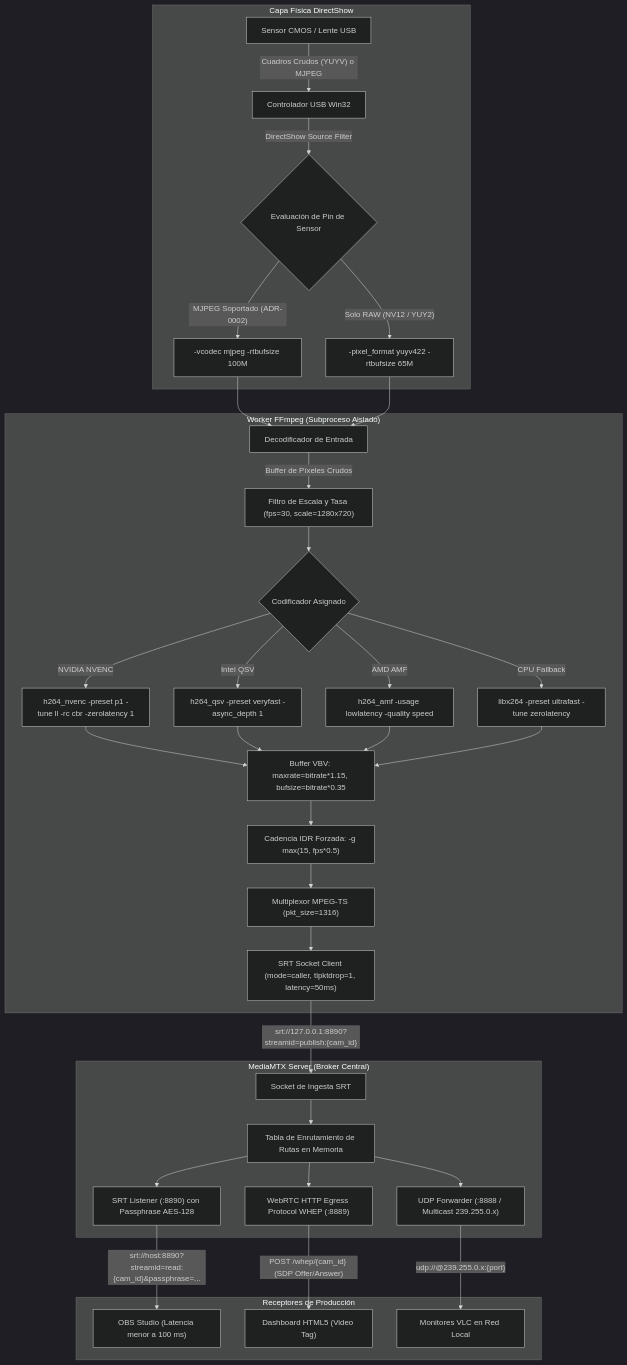
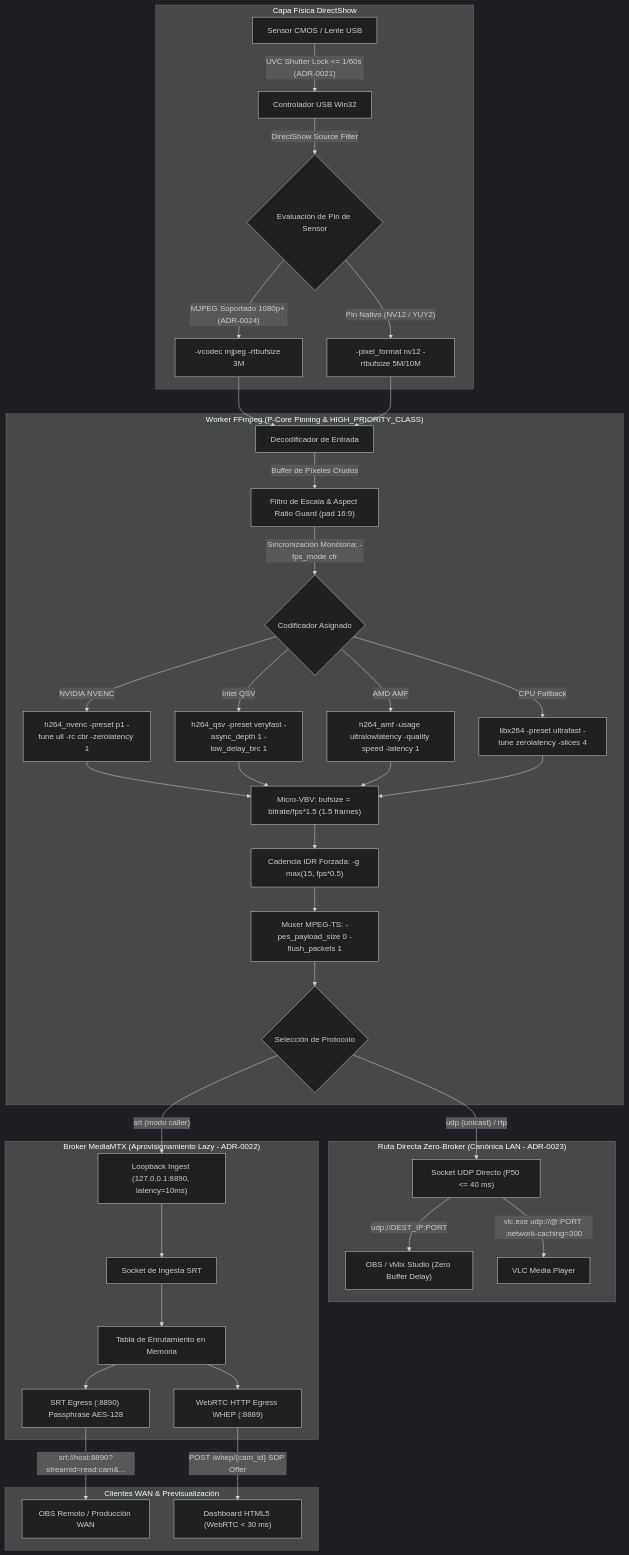
Before and after one commit to FJYarsky/RTMS: the fourth of 4 diagrams in docs/wiki/Arquitectura-del-Sistema.md, drawn with Mermaid (dark theme). The commit also changed other lines of this file and 27 other files, not shown here.

````diff
--- a/docs/wiki/Arquitectura-del-Sistema.md
+++ b/docs/wiki/Arquitectura-del-Sistema.md
@@ -119,44 +125,49 @@
 ```mermaid
 flowchart TD
     subgraph DSHOW [" Capa Física DirectShow "]
-        USB["Sensor CMOS / Lente USB"] -->|"Cuadros Crudos (YUYV) o MJPEG"| DRV["Controlador USB Win32"]
+        USB["Sensor CMOS / Lente USB"] -->|"UVC Shutter Lock <= 1/60s (ADR-0021)"| DRV["Controlador USB Win32"]
         DRV -->|"DirectShow Source Filter"| PIN{"Evaluación de Pin de Sensor"}
-        PIN -->|"MJPEG Soportado (ADR-0002)"| M_PIN["-vcodec mjpeg -rtbufsize 100M"]
-        PIN -->|"Solo RAW (NV12 / YUY2)"| R_PIN["-pixel_format yuyv422 -rtbufsize 65M"]
+        PIN -->|"MJPEG Soportado 1080p+ (ADR-0024)"| M_PIN["-vcodec mjpeg -rtbufsize 3M"]
+        PIN -->|"Pin Nativo (NV12 / YUY2)"| R_PIN["-pixel_format nv12 -rtbufsize 5M/10M"]
     end
 
-    subgraph WORKER [" Worker FFmpeg (Subproceso Aislado) "]
+    subgraph WORKER [" Worker FFmpeg (P-Core Pinning & HIGH_PRIORITY_CLASS) "]
         M_PIN --> DEC["Decodificador de Entrada"]
         R_PIN --> DEC
-        DEC -->|"Buffer de Píxeles Crudos"| FLT["Filtro de Escala y Tasa (fps=30, scale=1280x720)"]
-        FLT --> ENC{"Codificador Asignado"}
+        DEC -->|"Buffer de Píxeles Crudos"| FLT["Filtro de Escala & Aspect Ratio Guard (pad 16:9)"]
+        FLT -->|"Sincronización Monótona: -fps_mode cfr"| ENC{"Codificador Asignado"}
         
-        ENC -->|"NVIDIA NVENC"| E_NV["h264_nvenc -preset p1 -tune ll -rc cbr -zerolatency 1"]
-        ENC -->|"Intel QSV"| E_QSV["h264_qsv -preset veryfast -async_depth 1"]
-        ENC -->|"AMD AMF"| E_AMF["h264_amf -usage lowlatency -quality speed"]
-        ENC -->|"CPU Fallback"| E_CPU["libx264 -preset ultrafast -tune zerolatency"]
+        ENC -->|"NVIDIA NVENC"| E_NV["h264_nvenc -preset p1 -tune ull -rc cbr -zerolatency 1"]
+        ENC -->|"Intel QSV"| E_QSV["h264_qsv -preset veryfast -async_depth 1 -low_delay_brc 1"]
+        ENC -->|"AMD AMF"| E_AMF["h264_amf -usage ultralowlatency -quality speed -latency 1"]
+        ENC -->|"CPU Fallback"| E_CPU["libx264 -preset ultrafast -tune zerolatency -slices 4"]
         
-        E_NV --> CBR["Buffer VBV: maxrate=bitrate*1.15, bufsize=bitrate*0.35"]
+        E_NV --> CBR["Micro-VBV: bufsize = bitrate/fps*1.5 (1.5 frames)"]
         E_QSV --> CBR
         E_AMF --> CBR
         E_CPU --> CBR
 
         CBR --> GOP["Cadencia IDR Forzada: -g max(15, fps*0.5)"]
-        GOP --> MUX["Multiplexor MPEG-TS (pkt_size=1316)"]
-        MUX --> PUSH["SRT Socket Client (mode=caller, tlpktdrop=1, latency=50ms)"]
+        GOP --> MUX["Muxer MPEG-TS: -pes_payload_size 0 -flush_packets 1"]
+        MUX --> PROTO{"Selección de Protocolo"}
     end
 
-    subgraph BROKER [" MediaMTX Server (Broker Central) "]
-        PUSH -->|"srt://127.0.0.1:8890?streamid=publish:{cam_id}"| INGEST_SOCK["Socket de Ingesta SRT"]
-        INGEST_SOCK --> ROUTE["Tabla de Enrutamiento de Rutas en Memoria"]
-        ROUTE --> EGRESS_SRT["SRT Listener (:8890) con Passphrase AES-128"]
-        ROUTE --> EGRESS_WHEP["WebRTC HTTP Egress Protocol WHEP (:8889)"]
-        ROUTE --> EGRESS_UDP["UDP Forwarder (:8888 / Multicast 239.255.0.x)"]
+    subgraph DIRECT [" Ruta Directa Zero-Broker (Canónica LAN - ADR-0023) "]
+        PROTO -->|"udp (unicast) / rtp"| UDP_SOCK["Socket UDP Directo (P50 <= 40 ms)"]
+        UDP_SOCK -->|"udp://DEST_IP:PORT"| OBS_DIRECT["OBS / vMix Studio (Zero Buffer Delay)"]
+        UDP_SOCK -->|"vlc.exe udp://@:PORT :network-caching=300"| VLC_DIRECT["VLC Media Player"]
     end
 
-    subgraph CLIENTS [" Receptores de Producción "]
-        EGRESS_SRT -->|"srt://host:8890?streamid=read:{cam_id}&passphrase=..."| OBS["OBS Studio (Latencia menor a 100 ms)"]
-        EGRESS_WHEP -->|"POST /whep/{cam_id} (SDP Offer/Answer)"| WEB["Dashboard HTML5 (Video Tag)"]
-        EGRESS_UDP -->|"udp://@239.255.0.x:{port}"| VLC["Monitores VLC en Red Local"]
+    subgraph BROKER [" Broker MediaMTX (Aprovisionamiento Lazy - ADR-0022) "]
+        PROTO -->|"srt (modo caller)"| PUSH["Loopback Ingest (127.0.0.1:8890, latency=10ms)"]
+        PUSH --> INGEST_SOCK["Socket de Ingesta SRT"]
+        INGEST_SOCK --> ROUTE["Tabla de Enrutamiento en Memoria"]
+        ROUTE --> EGRESS_SRT["SRT Egress (:8890) Passphrase AES-128"]
+        ROUTE --> EGRESS_WHEP["WebRTC HTTP Egress WHEP (:8889)"]
+    end
+
+    subgraph CLIENTS [" Clientes WAN & Previsualización "]
+        EGRESS_SRT -->|"srt://host:8890?streamid=read:cam&..."| OBS_REMOTE["OBS Remoto / Producción WAN"]
+        EGRESS_WHEP -->|"POST /whep/{cam_id} SDP Offer"| WEB_DASH["Dashboard HTML5 (WebRTC < 30 ms)"]
     end
 ```
````
